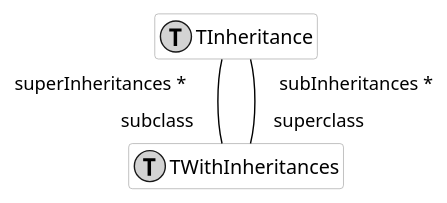
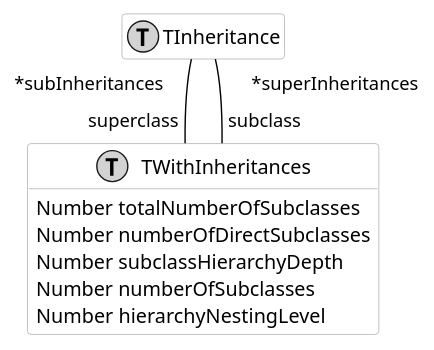
The diagram in Developers/Diagrams/inheritance.puml (moosetechnology/moose-wiki), drawn with PlantUML before and after one commit. The commit also changed 17 other files, not shown here.

Commit message:
updated uml diagrams

```diff
--- a/Developers/Diagrams/inheritance.puml
+++ b/Developers/Diagrams/inheritance.puml
@@ -1,20 +1,25 @@
 @startuml
 hide empty members
 
 skinparam class {
   BackgroundColor white
   ArrowColor black
   BorderColor darkGray
 }
 
-class behavior1 as "TWithInheritances" << (T,lightGrey) >> {
+class TInheritance << (T,lightGrey) >> {
 }
-
-class behavior2 as "TInheritance" << (T,lightGrey) >> {
+class TWithInheritances << (T,lightGrey) >> {
+  Number totalNumberOfSubclasses
+  Number numberOfDirectSubclasses
+  Number subclassHierarchyDepth
+  Number numberOfSubclasses
+  Number hierarchyNestingLevel
 }
 
 
-behavior2 "superInheritances * " -[#black]- "subclass  " behavior1
-behavior2 "subInheritances * " -[#black]- "superclass  " behavior1
+TInheritance " *subInheritances" -- "superclass" TWithInheritances
+TInheritance " *superInheritances" -- "subclass" TWithInheritances
+
 
 @enduml
```
